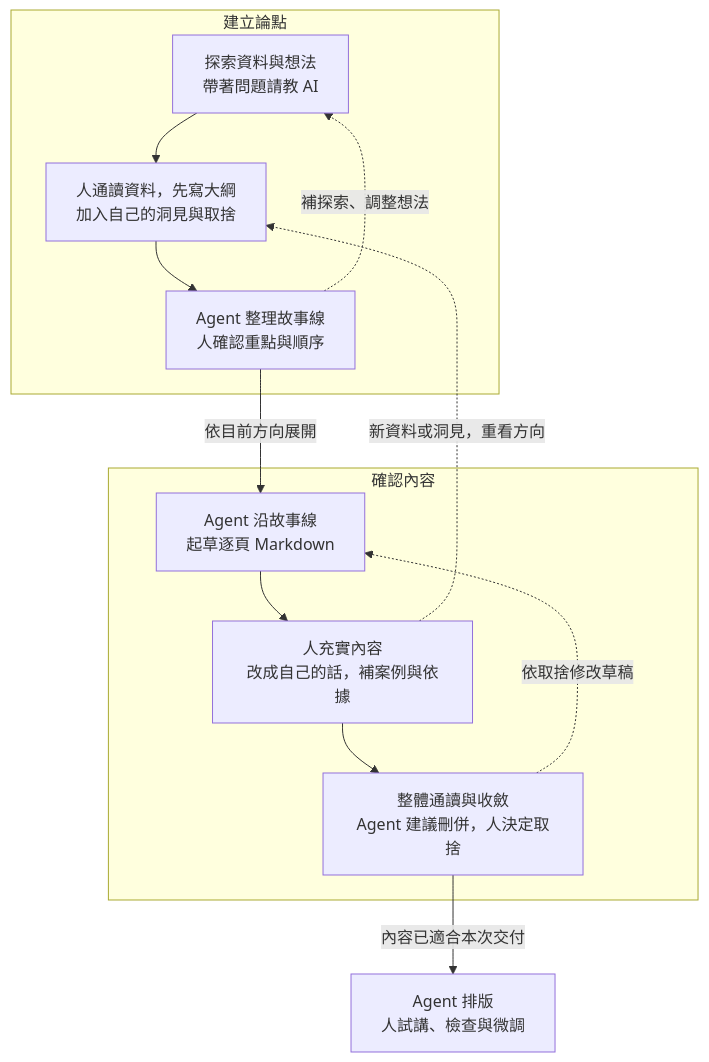
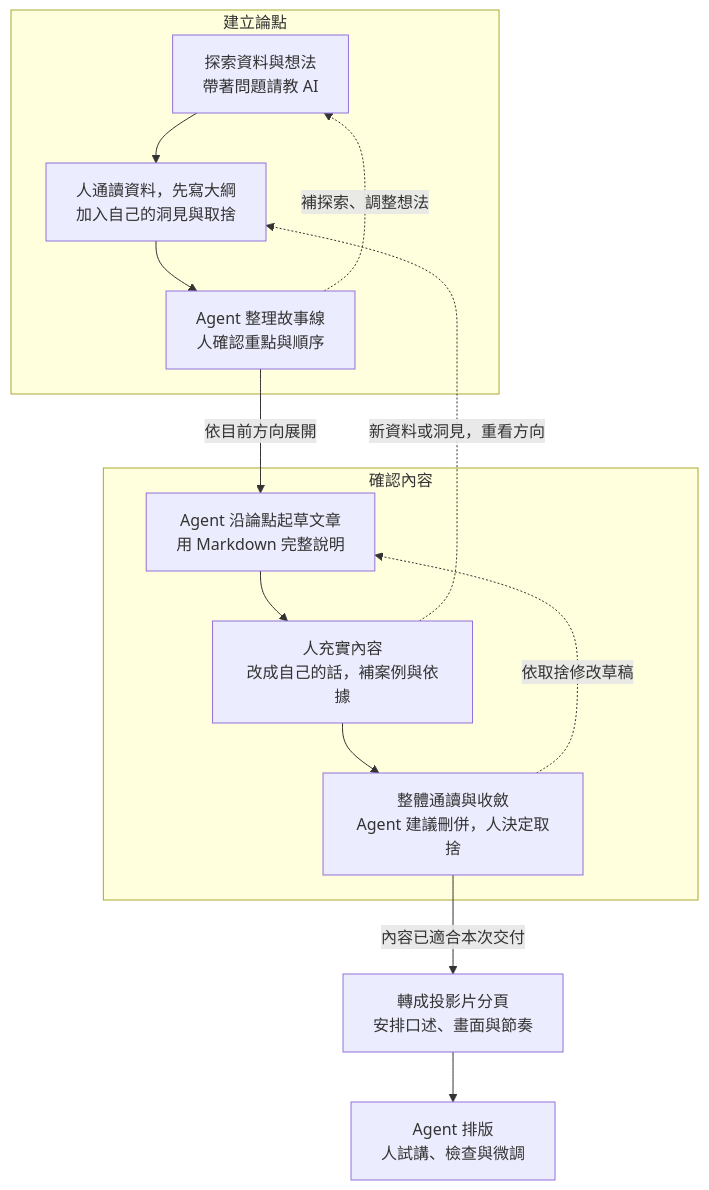
The diagram in drafts/02-week2-presentation-lesson-plan.md (jimmy60504/agentic-knowledge-work), drawn with Mermaid before and after one commit. The commit also changed other lines of this file and 2 other files, not shown here.

````diff
--- a/drafts/02-week2-presentation-lesson-plan.md
+++ b/drafts/02-week2-presentation-lesson-plan.md
@@ -59,20 +59,21 @@
 ```mermaid
 flowchart TD
     subgraph direction_loop["建立論點"]
         A["探索資料與想法<br/>帶著問題請教 AI"] --> B["人通讀資料，先寫大綱<br/>加入自己的洞見與取捨"]
         B --> C["Agent 整理故事線<br/>人確認重點與順序"]
         C -. 補探索、調整想法 .-> A
     end
 
     C -->|依目前方向展開| D
 
     subgraph content_loop["確認內容"]
-        D["Agent 沿故事線<br/>起草逐頁 Markdown"] --> E["人充實內容<br/>改成自己的話，補案例與依據"]
+        D["Agent 沿論點起草文章<br/>用 Markdown 完整說明"] --> E["人充實內容<br/>改成自己的話，補案例與依據"]
         E --> F["整體通讀與收斂<br/>Agent 建議刪併，人決定取捨"]
         F -. 依取捨修改草稿 .-> D
     end
 
     E -. 新資料或洞見，重看方向 .-> B
 
-    F -->|內容已適合本次交付| G["Agent 排版<br/>人試講、檢查與微調"]
+    F -->|內容已適合本次交付| H["轉成投影片分頁<br/>安排口述、畫面與節奏"]
+    H --> G["Agent 排版<br/>人試講、檢查與微調"]
 ```
````
